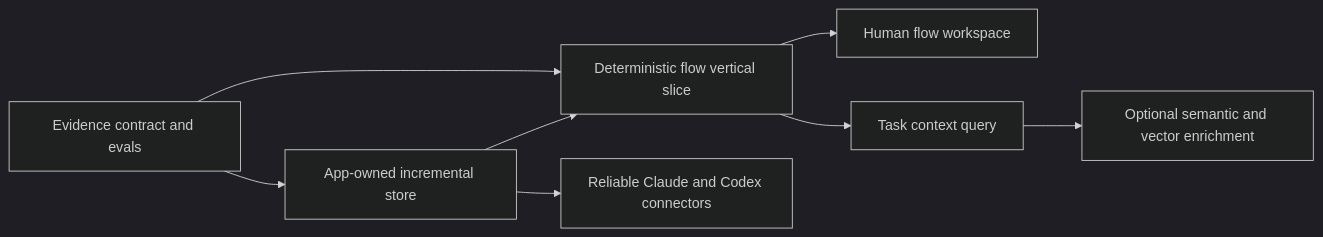
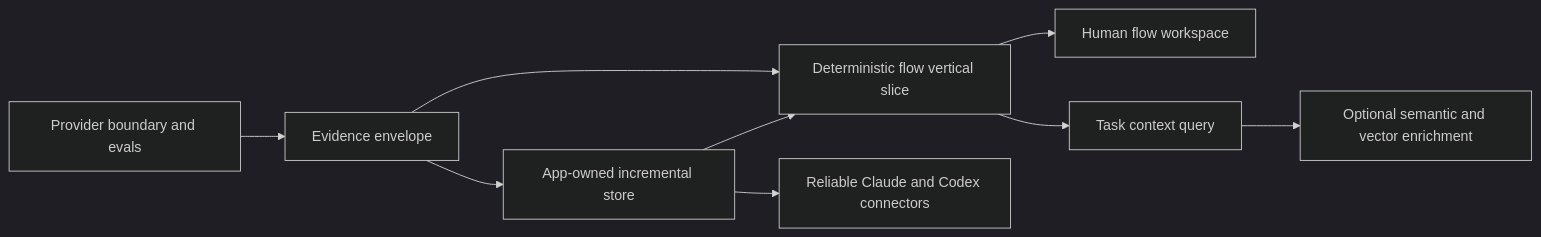
One commit to dvideby0/claude-plugins changed the diagram in docs/BACKLOG.md. Above: the diagram before and after it, drawn with Mermaid (dark theme). The commit also changed other lines of this file and 7 other files, not shown here.

Commit message:
docs: adopt provider-first architecture

````diff
--- a/docs/BACKLOG.md
+++ b/docs/BACKLOG.md
@@ -9,10 +9,11 @@
 ```mermaid
 flowchart LR
-  A["Evidence contract and evals"] --> B["App-owned incremental store"]
+  P["Provider boundary and evals"] --> A["Evidence envelope"]
+  A --> B["App-owned incremental store"]
   A --> C["Deterministic flow vertical slice"]
   B --> C
   C --> D["Human flow workspace"]
   C --> E["Task context query"]
   E --> F["Optional semantic and vector enrichment"]
   B --> G["Reliable Claude and Codex connectors"]
 ```
````
